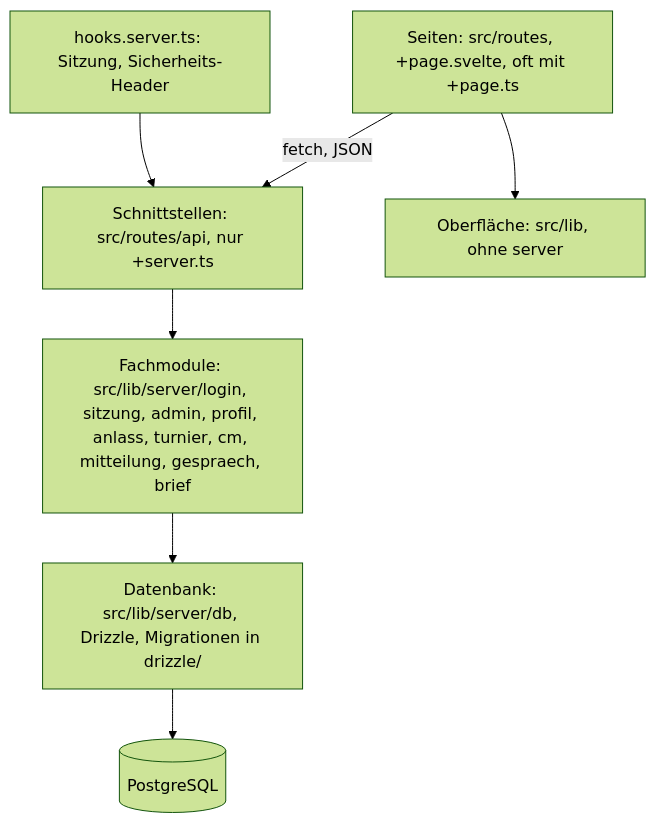
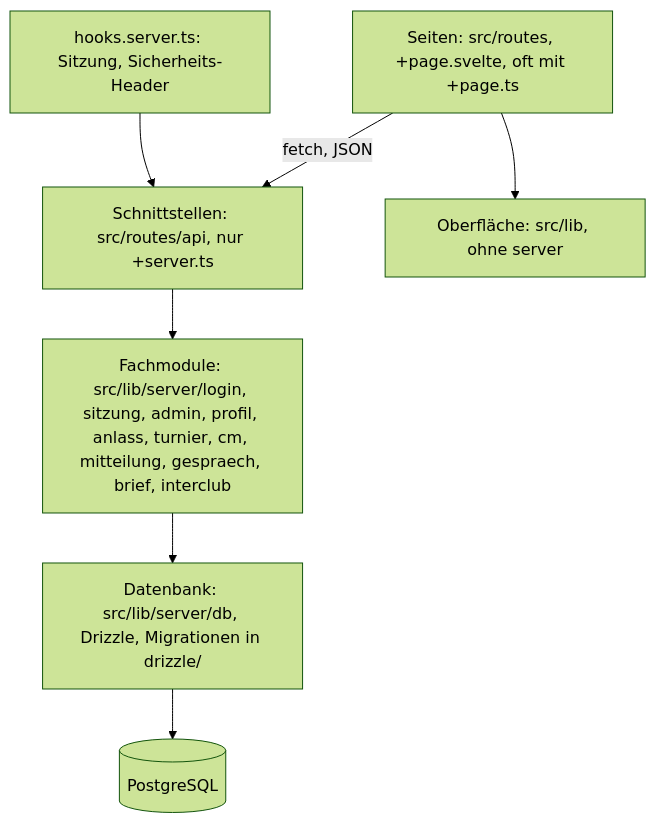
The second of 3 diagrams in docs/arc42.md (konstantinniedermann/tco-app), drawn with Mermaid (forest theme) before and after one commit. The commit also changed other lines of this file and 10 other files, not shown here.

First line of the commit message:
docs: Interclub in arc42, ADR-011, Roadmap, Glossar, Fachmodell, Anforderung und Scopes (#81)

````diff
--- a/docs/arc42.md
+++ b/docs/arc42.md
@@ -75,9 +78,9 @@
 ```mermaid
 flowchart TD
   S["Seiten: src/routes, +page.svelte, oft mit +page.ts"] -->|fetch, JSON| API["Schnittstellen: src/routes/api, nur +server.ts"]
   S --> UI["Oberfläche: src/lib, ohne server"]
   H["hooks.server.ts: Sitzung, Sicherheits-Header"] --> API
-  API --> F["Fachmodule: src/lib/server/login, sitzung, admin, profil, anlass, turnier, cm, mitteilung, gespraech, brief"]
+  API --> F["Fachmodule: src/lib/server/login, sitzung, admin, profil, anlass, turnier, cm, mitteilung, gespraech, brief, interclub"]
   F --> DB["Datenbank: src/lib/server/db, Drizzle, Migrationen in drizzle/"]
   DB --> PG[(PostgreSQL)]
 ```
````
